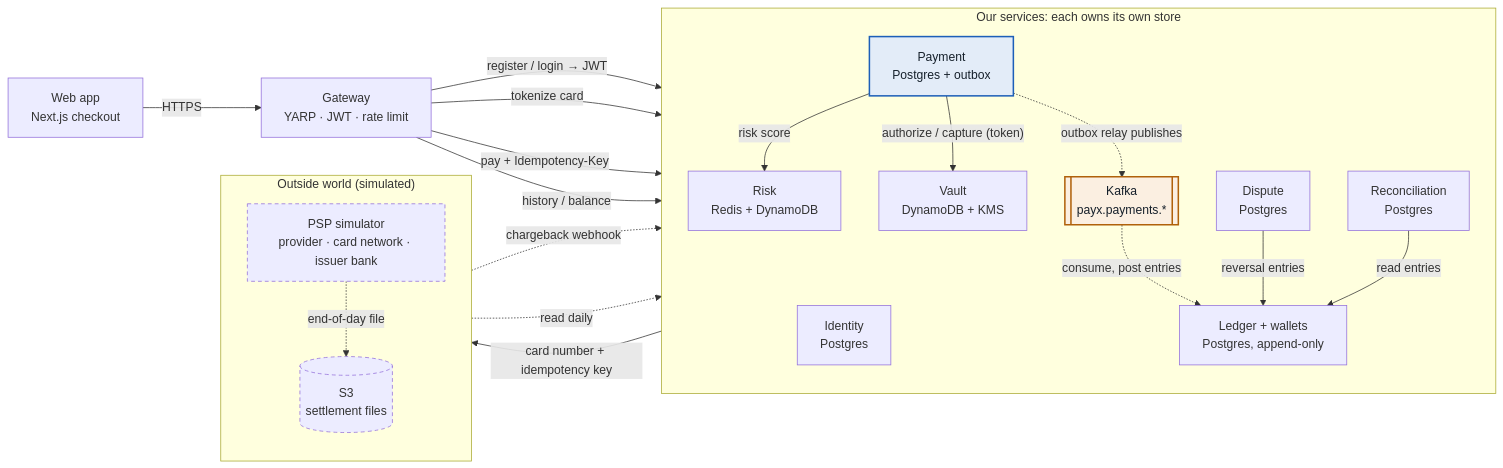
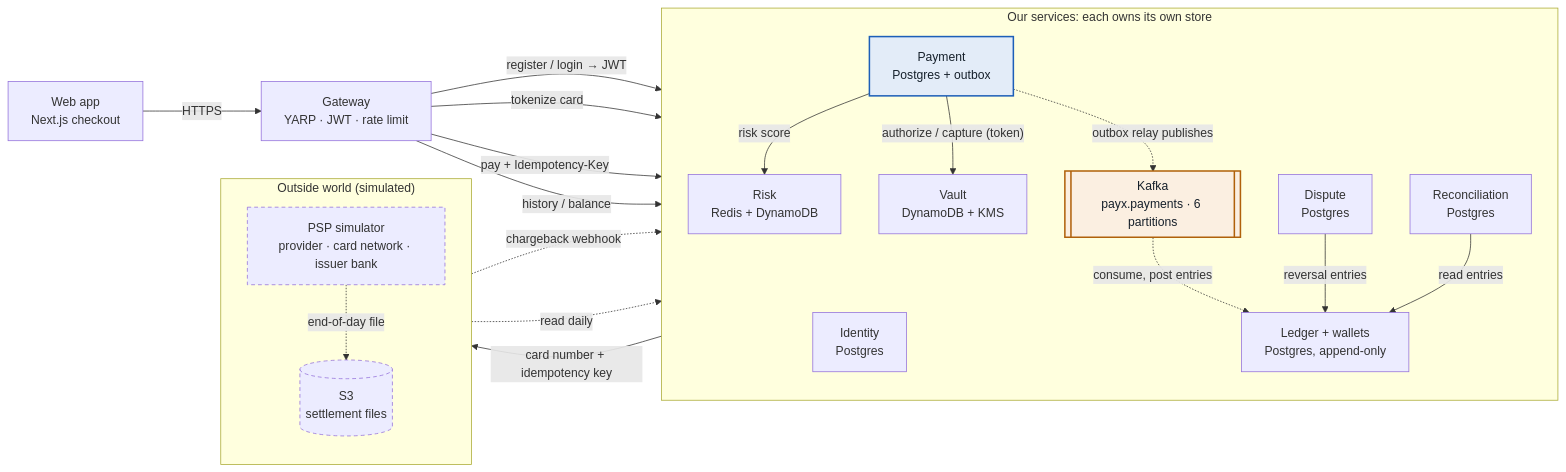
One commit to jameelvm/PayX changed the first of 3 diagrams in docs/ARCHITECTURE.md. Above: the diagram before and after it, drawn with Mermaid. The commit also changed 5 other files, not shown here.

First line of the commit message:
Module 1.4: Kafka (KRaft) + Kafka UI, payx.payments topic

````diff
--- a/docs/ARCHITECTURE.md
+++ b/docs/ARCHITECTURE.md
@@ -23,46 +23,46 @@
 ```mermaid
 flowchart LR
     Web["Web app<br/>Next.js checkout"]
     GW["Gateway<br/>YARP · JWT · rate limit"]
 
     subgraph ours["Our services: each owns its own store"]
         direction TB
         Identity["Identity<br/>Postgres"]
         Vault["Vault<br/>DynamoDB + KMS"]
         Payment["Payment<br/>Postgres + outbox"]
         Risk["Risk<br/>Redis + DynamoDB"]
-        Kafka[["Kafka<br/>payx.payments.*"]]
+        Kafka[["Kafka<br/>payx.payments · 6 partitions"]]
         Ledger["Ledger + wallets<br/>Postgres, append-only"]
         Dispute["Dispute<br/>Postgres"]
         Recon["Reconciliation<br/>Postgres"]
     end
 
     subgraph outside["Outside world (simulated)"]
         direction TB
         PSP["PSP simulator<br/>provider · card network · issuer bank"]
         S3[("S3<br/>settlement files")]
     end
 
     Web -->|HTTPS| GW
     GW -->|register / login → JWT| Identity
     GW -->|tokenize card| Vault
     GW -->|"pay + Idempotency-Key"| Payment
     GW -->|history / balance| Ledger
     Payment -->|risk score| Risk
     Payment -->|"authorize / capture (token)"| Vault
     Vault -->|"card number + idempotency key"| PSP
     Payment -.->|outbox relay publishes| Kafka
     Kafka -.->|consume, post entries| Ledger
     PSP -.->|chargeback webhook| Dispute
     Dispute -->|reversal entries| Ledger
     PSP -.->|end-of-day file| S3
     S3 -.->|read daily| Recon
     Recon -->|read entries| Ledger
 
     classDef pay fill:#e3ecf8,stroke:#1d5fb8,stroke-width:2px,color:#16202b
     classDef bus fill:#fbefe1,stroke:#b0610a,stroke-width:2px,color:#16202b
     classDef ext stroke-dasharray:5 4
     class Payment pay
     class Kafka bus
     class PSP,S3 ext
 ```
````
